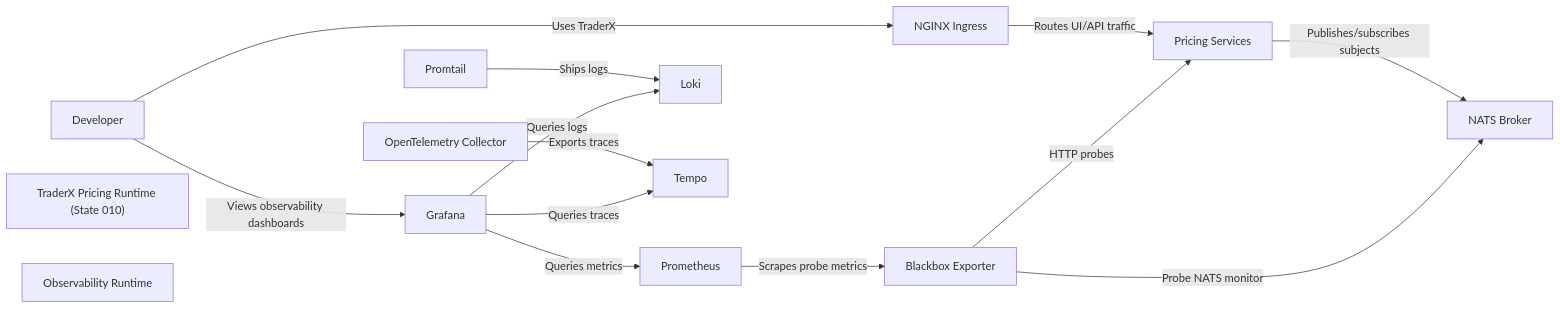
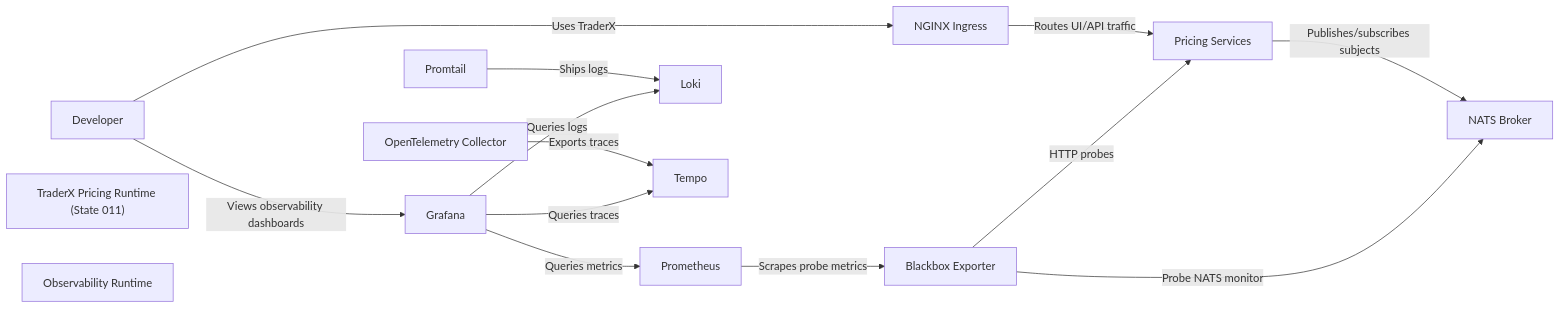
Before and after one commit to finos/traderX: the diagram in specs/archive/012-observability-on-pricing/system/architecture.md, drawn with Mermaid. The commit also changed other lines of this file and 582 other files, not shown here.

````diff
--- a/specs/archive/012-observability-on-pricing/system/architecture.md
+++ b/specs/archive/012-observability-on-pricing/system/architecture.md
@@ -10,28 +10,28 @@
 ```mermaid
 flowchart LR
   developer["Developer"]
-  pricing_runtime["TraderX Pricing Runtime (State 010)"]
+  pricing_runtime["TraderX Pricing Runtime (State 011)"]
   obs_runtime["Observability Runtime"]
   ingress["NGINX Ingress"]
   pricing_services["Pricing Services"]
   nats["NATS Broker"]
   prometheus["Prometheus"]
   blackbox["Blackbox Exporter"]
   loki["Loki"]
   promtail["Promtail"]
   tempo["Tempo"]
   otel["OpenTelemetry Collector"]
   grafana["Grafana"]
   developer -->|"Uses TraderX"| ingress
   ingress -->|"Routes UI/API traffic"| pricing_services
   pricing_services -->|"Publishes/subscribes subjects"| nats
   blackbox -->|"HTTP probes"| pricing_services
   blackbox -->|"Probe NATS monitor"| nats
   prometheus -->|"Scrapes probe metrics"| blackbox
   promtail -->|"Ships logs"| loki
   otel -->|"Exports traces"| tempo
   developer -->|"Views observability dashboards"| grafana
   grafana -->|"Queries metrics"| prometheus
   grafana -->|"Queries logs"| loki
   grafana -->|"Queries traces"| tempo
 ```
````
